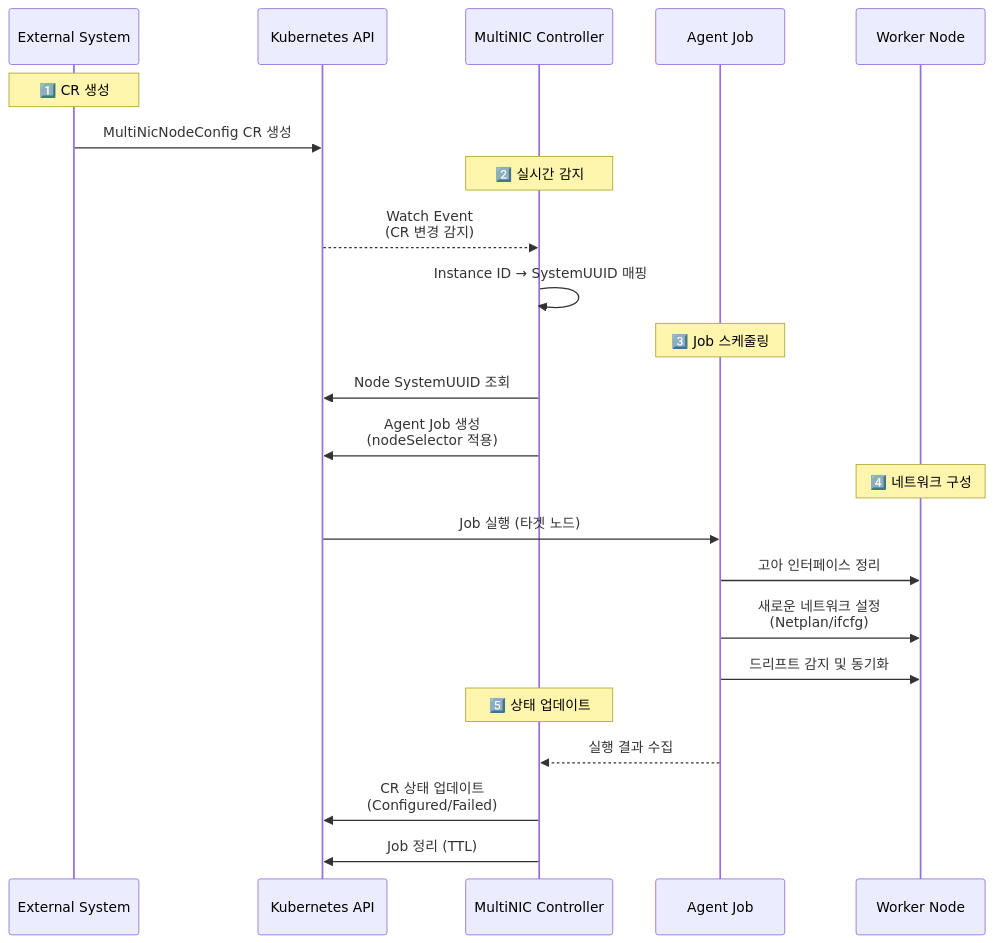
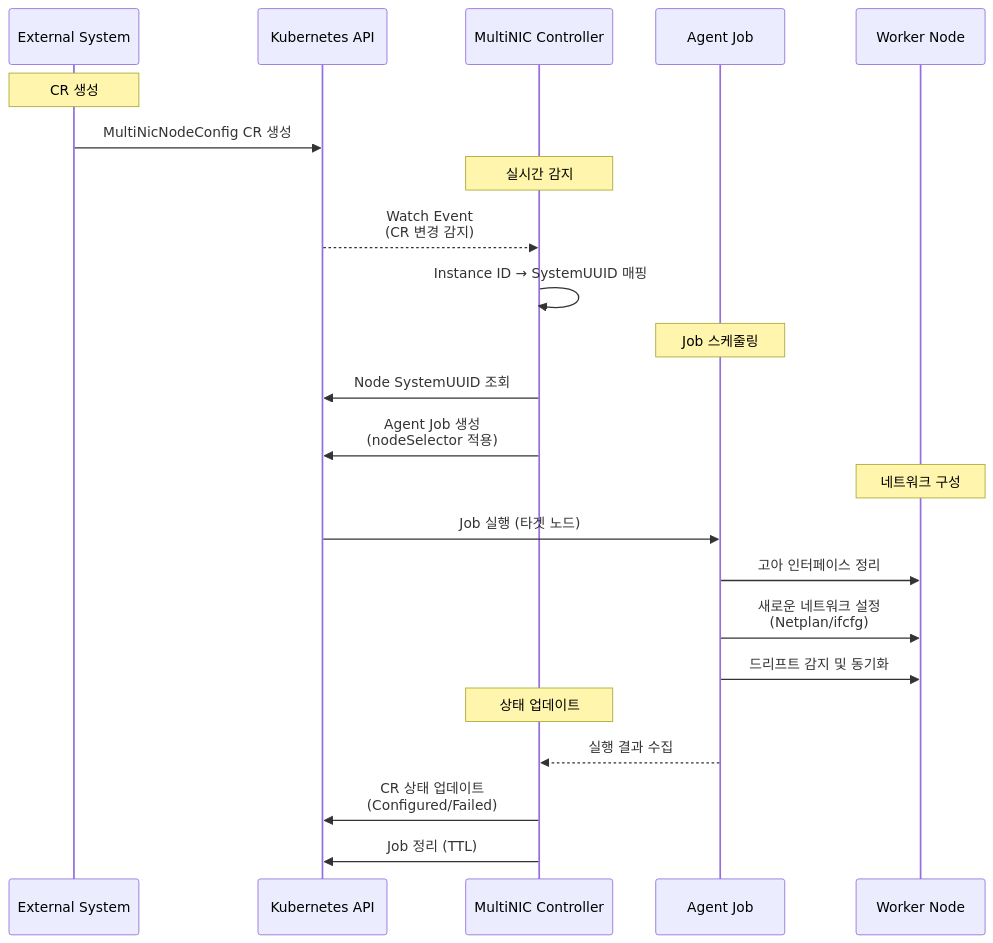
The second of 2 diagrams in README.md (Minzino/multi-network-interface-agent), drawn with Mermaid before and after one commit. The commit also changed other lines of this file, not shown here.

First line of the commit message:
docs(readme): remove emojis and SELinux references; update architecture/flow

````diff
--- a/README.md
+++ b/README.md
@@ -95,30 +95,30 @@
 ```mermaid
 sequenceDiagram
     participant External as External System
     participant K8s as Kubernetes API
     participant Controller as MultiNIC Controller
     participant Job as Agent Job
     participant Node as Worker Node
 
-    Note over External: 1️⃣ CR 생성
+    Note over External: CR 생성
     External->>K8s: MultiNicNodeConfig CR 생성
 
-    Note over Controller: 2️⃣ 실시간 감지
+    Note over Controller: 실시간 감지
     K8s-->>Controller: Watch Event<br/>(CR 변경 감지)
     Controller->>Controller: Instance ID → SystemUUID 매핑
 
-    Note over Job: 3️⃣ Job 스케줄링
+    Note over Job: Job 스케줄링
     Controller->>K8s: Node SystemUUID 조회
     Controller->>K8s: Agent Job 생성<br/>(nodeSelector 적용)
 
-    Note over Node: 4️⃣ 네트워크 구성
+    Note over Node: 네트워크 구성
     K8s->>Job: Job 실행 (타겟 노드)
     Job->>Node: 고아 인터페이스 정리
     Job->>Node: 새로운 네트워크 설정<br/>(Netplan/ifcfg)
     Job->>Node: 드리프트 감지 및 동기화
 
-    Note over Controller: 5️⃣ 상태 업데이트
+    Note over Controller: 상태 업데이트
     Job-->>Controller: 실행 결과 수집
     Controller->>K8s: CR 상태 업데이트<br/>(Configured/Failed)
     Controller->>K8s: Job 정리 (TTL)
 ```
````
